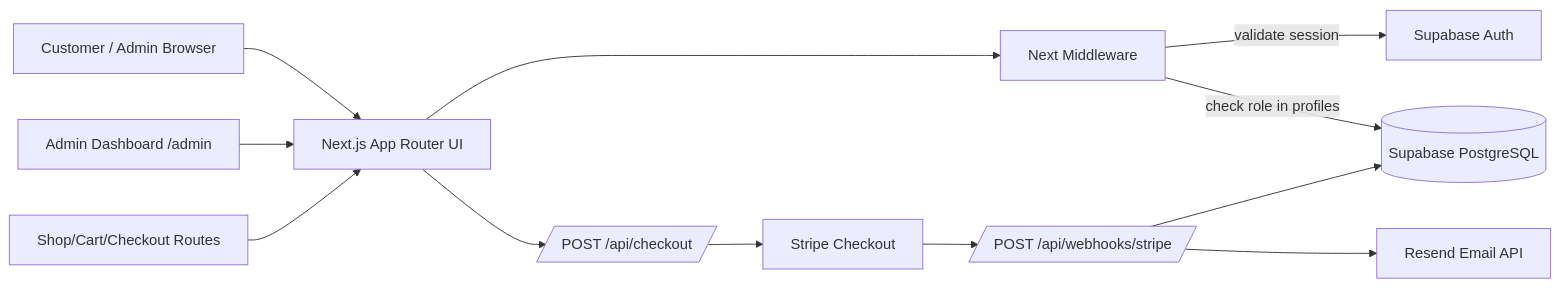
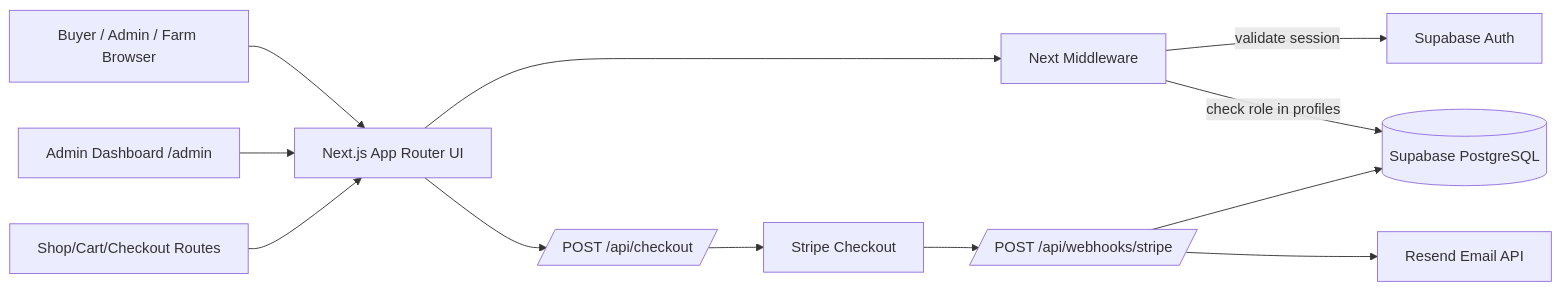
Before and after one commit to mukundsawant1/bhavnagar-commerce-platform: the diagram in README.md, drawn with Mermaid. The commit also changed other lines of this file and 45 other files, not shown here.

Commit message:
Implement OWASP-compliant Gmail+OTP auth flow and protect shop/cart/checkout/orders routes; add middleware and API enhancements

````diff
--- a/README.md
+++ b/README.md
@@ -20,16 +25,16 @@
 ```mermaid
 flowchart LR
-	U[Customer / Admin Browser] --> N[Next.js App Router UI]
+	U[Buyer / Admin / Farm Browser] --> N[Next.js App Router UI]
 	N --> M[Next Middleware]
 	M -->|validate session| SA[Supabase Auth]
 	M -->|check role in profiles| DB[(Supabase PostgreSQL)]
 
 	N --> CAPI[/POST /api/checkout/]
 	CAPI --> STRIPE[Stripe Checkout]
 	STRIPE --> SWEBHOOK[/POST /api/webhooks/stripe/]
 	SWEBHOOK --> DB
 	SWEBHOOK --> RESEND[Resend Email API]
 
 	ADM[Admin Dashboard /admin] --> N
 	SHOP[Shop/Cart/Checkout Routes] --> N
 ```
````
